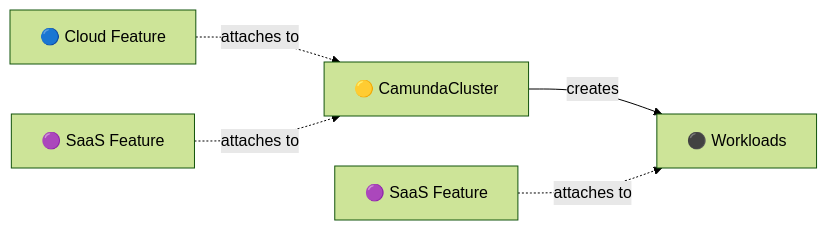
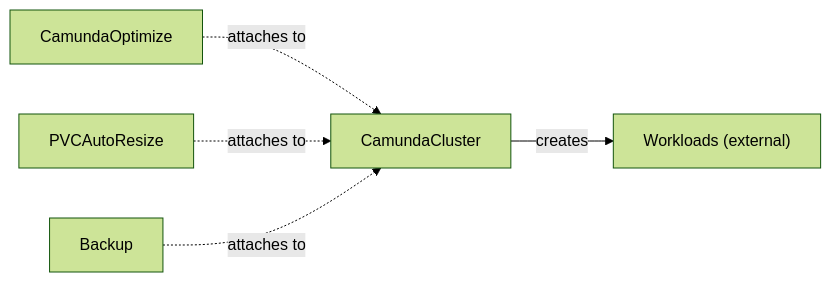
The first of 5 diagrams in docs/architecture.md (konsole-is/camunda-operator), drawn with Mermaid (forest theme) before and after one commit. The commit also changed other lines of this file and 7 other files, not shown here.

First line of the commit message:
Docs tooling, CRD doc template, and core-only architecture (#8)

````diff
--- a/docs/architecture.md
+++ b/docs/architecture.md
@@ -558,8 +10,7 @@
 ```mermaid
 graph LR
-    CC["🟡 CamundaCluster"] -->|creates| WL["⚫ Workloads"]
-
-    F1["🔵 Cloud Feature"] -.->|attaches to| CC
-    F2["🟣 SaaS Feature"] -.->|attaches to| CC
-    F3["🟣 SaaS Feature"] -.->|attaches to| WL
+    CC[CamundaCluster] -->|creates| WL["Workloads (external)"]
+    F1[CamundaOptimize] -.->|attaches to| CC
+    F2[PVCAutoResize] -.->|attaches to| CC
+    F3[Backup] -.->|attaches to| CC
 ```
````
